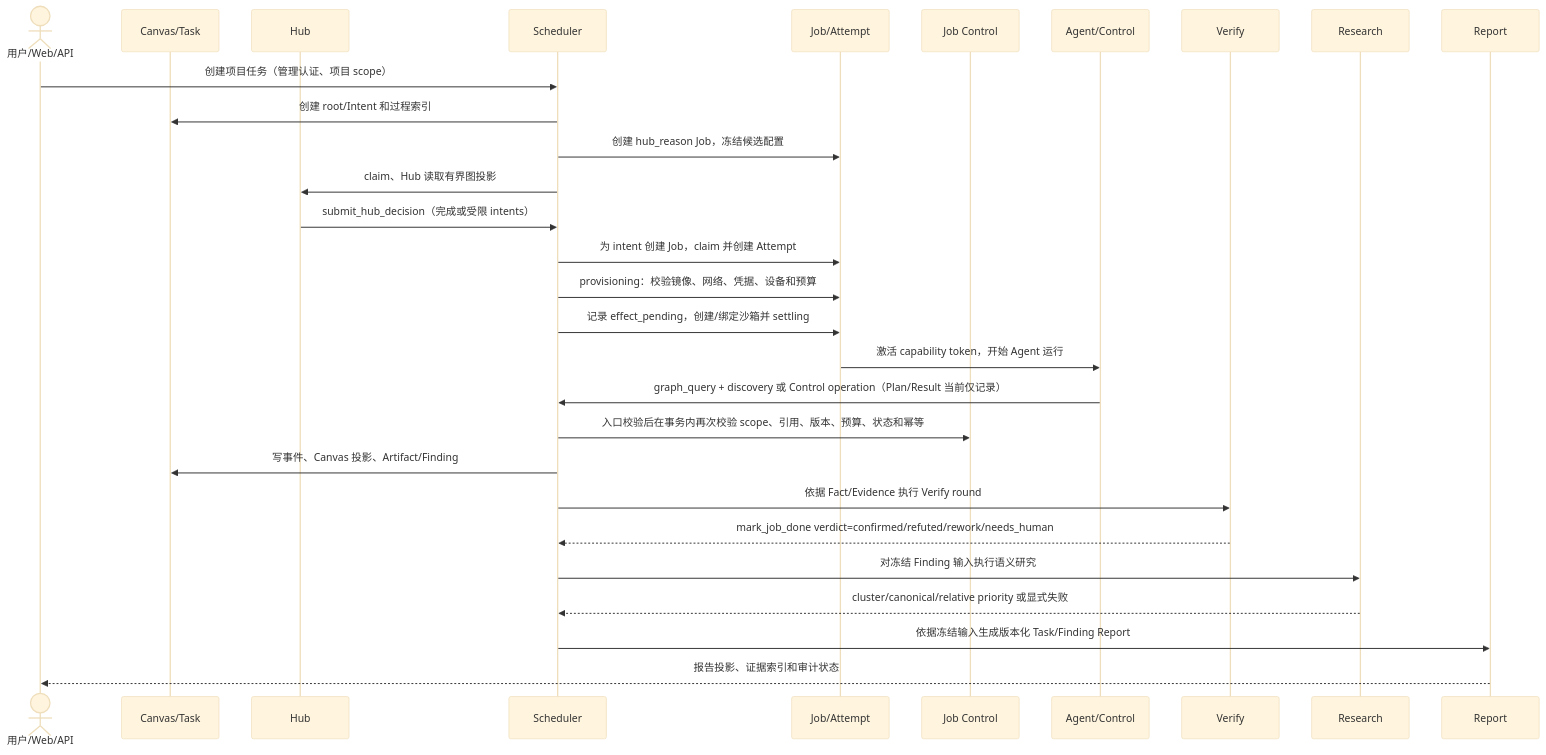
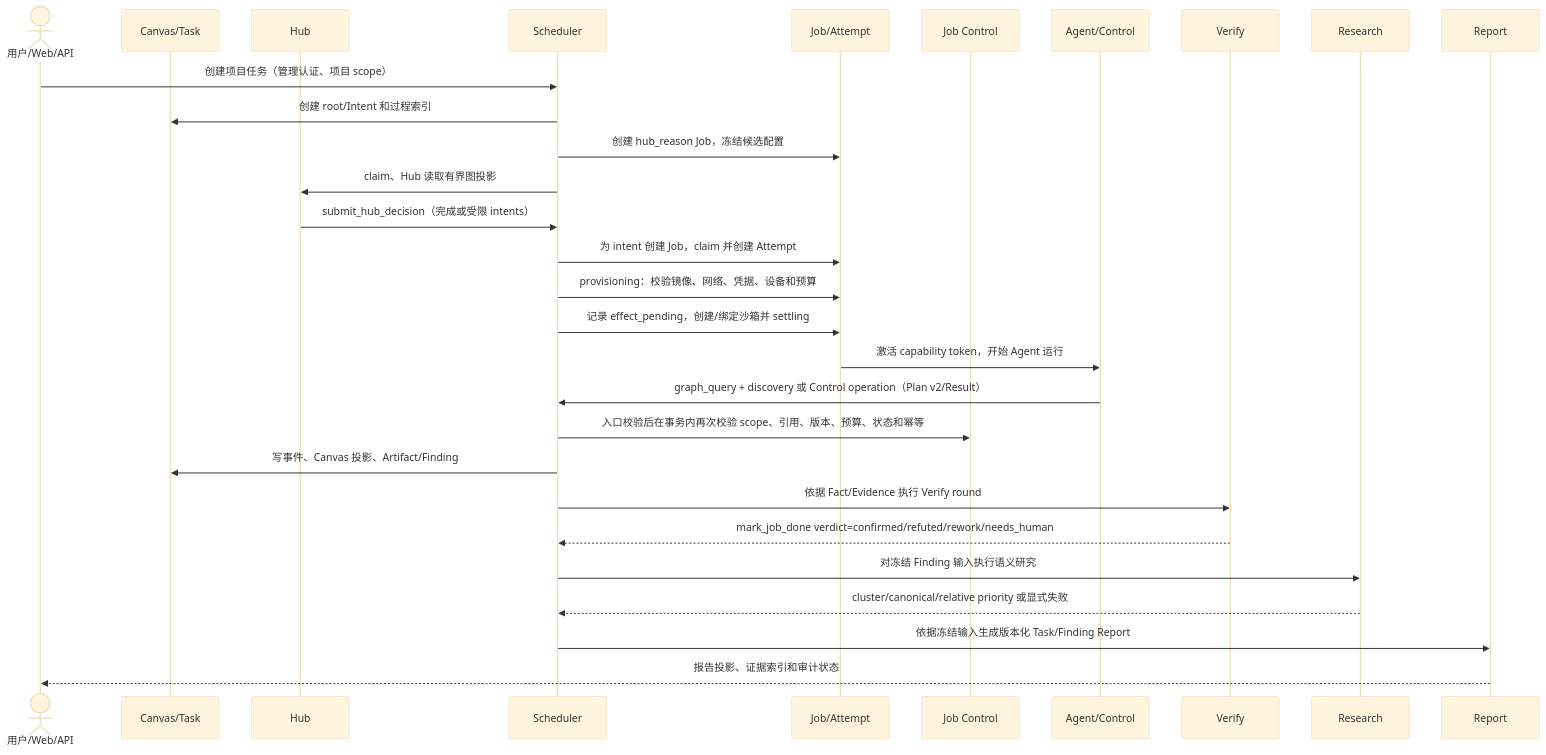
One commit to SummerSec/DeepSonar changed the diagram in docs/architecture/06-runtime-view.md. Above: the diagram before and after it, drawn with Mermaid (base theme). The commit also changed other lines of this file and 31 other files, not shown here.

Commit message:
docs: synchronize governed task and memory architecture with verified behavior

````diff
--- a/docs/architecture/06-runtime-view.md
+++ b/docs/architecture/06-runtime-view.md
@@ -22,32 +22,32 @@
 ```mermaid
 sequenceDiagram
     actor U as 用户/Web/API
     participant C as Canvas/Task
     participant H as Hub
     participant S as Scheduler
     participant J as Job/Attempt
     participant K as Job Control
     participant A as Agent/Control
     participant V as Verify
     participant R as Research
     participant P as Report
 
     U->>S: 创建项目任务（管理认证、项目 scope）
     S->>C: 创建 root/Intent 和过程索引
     S->>J: 创建 hub_reason Job，冻结候选配置
     S->>H: claim、Hub 读取有界图投影
     H->>S: submit_hub_decision（完成或受限 intents）
     S->>J: 为 intent 创建 Job，claim 并创建 Attempt
     S->>J: provisioning：校验镜像、网络、凭据、设备和预算
     S->>J: 记录 effect_pending，创建/绑定沙箱并 settling
     J->>A: 激活 capability token，开始 Agent 运行
-    A->>S: graph_query + discovery 或 Control operation（Plan/Result 当前仅记录）
+    A->>S: graph_query + discovery 或 Control operation（Plan v2/Result）
     S->>K: 入口校验后在事务内再次校验 scope、引用、版本、预算、状态和幂等
     S->>C: 写事件、Canvas 投影、Artifact/Finding
     S->>V: 依据 Fact/Evidence 执行 Verify round
     V-->>S: mark_job_done verdict=confirmed/refuted/rework/needs_human
     S->>R: 对冻结 Finding 输入执行语义研究
     R-->>S: cluster/canonical/relative priority 或显式失败
     S->>P: 依据冻结输入生成版本化 Task/Finding Report
     P-->>U: 报告投影、证据索引和审计状态
 ```
````
